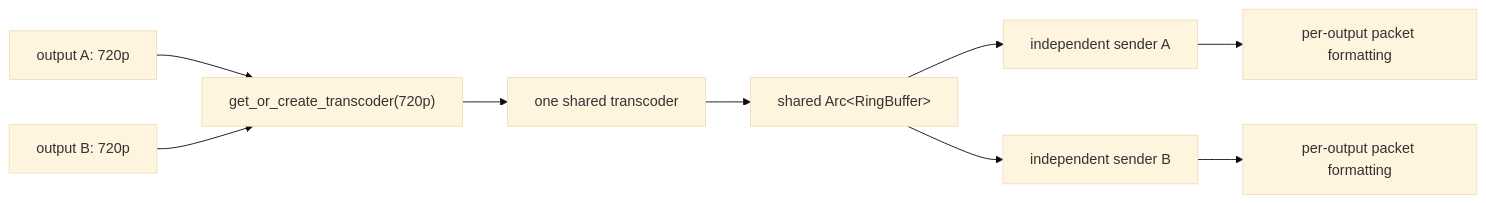
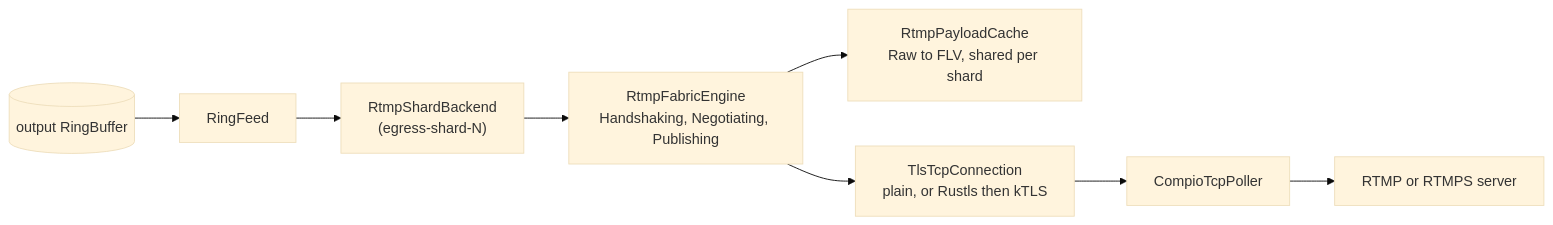
Before and after one commit to krsna1729/restream: the fifth of 15 diagrams in docs/media-pipeline.md, drawn with Mermaid (base theme). The commit also changed other lines of this file and 26 other files, not shown here.

First line of the commit message:
docs: rewrite every page against current source, with diagrams (#372)

````diff
--- a/docs/media-pipeline.md
+++ b/docs/media-pipeline.md
@@ -376,11 +373,10 @@
 ```mermaid
 flowchart LR
-    A["output A: 720p"] --> Lookup["get_or_create_transcoder(720p)"]
-    B["output B: 720p"] --> Lookup
-    Lookup --> Stage["one shared transcoder"]
-    Stage --> Ring["shared Arc&lt;RingBuffer&gt;"]
-    Ring --> SenderA["independent sender A"]
-    Ring --> SenderB["independent sender B"]
-    SenderA --> FormatA["per-output packet formatting"]
-    SenderB --> FormatB["per-output packet formatting"]
+    Ring[("output RingBuffer")] --> Feed["RingFeed"]
+    Feed --> Backend["RtmpShardBackend<br/>(egress-shard-N)"]
+    Backend --> Engine["RtmpFabricEngine<br/>Handshaking, Negotiating, Publishing"]
+    Engine --> Cache["RtmpPayloadCache<br/>Raw to FLV, shared per shard"]
+    Engine --> Tls["TlsTcpConnection<br/>plain, or Rustls then kTLS"]
+    Tls --> Poller["CompioTcpPoller"]
+    Poller --> Dest["RTMP or RTMPS server"]
 ```
````
